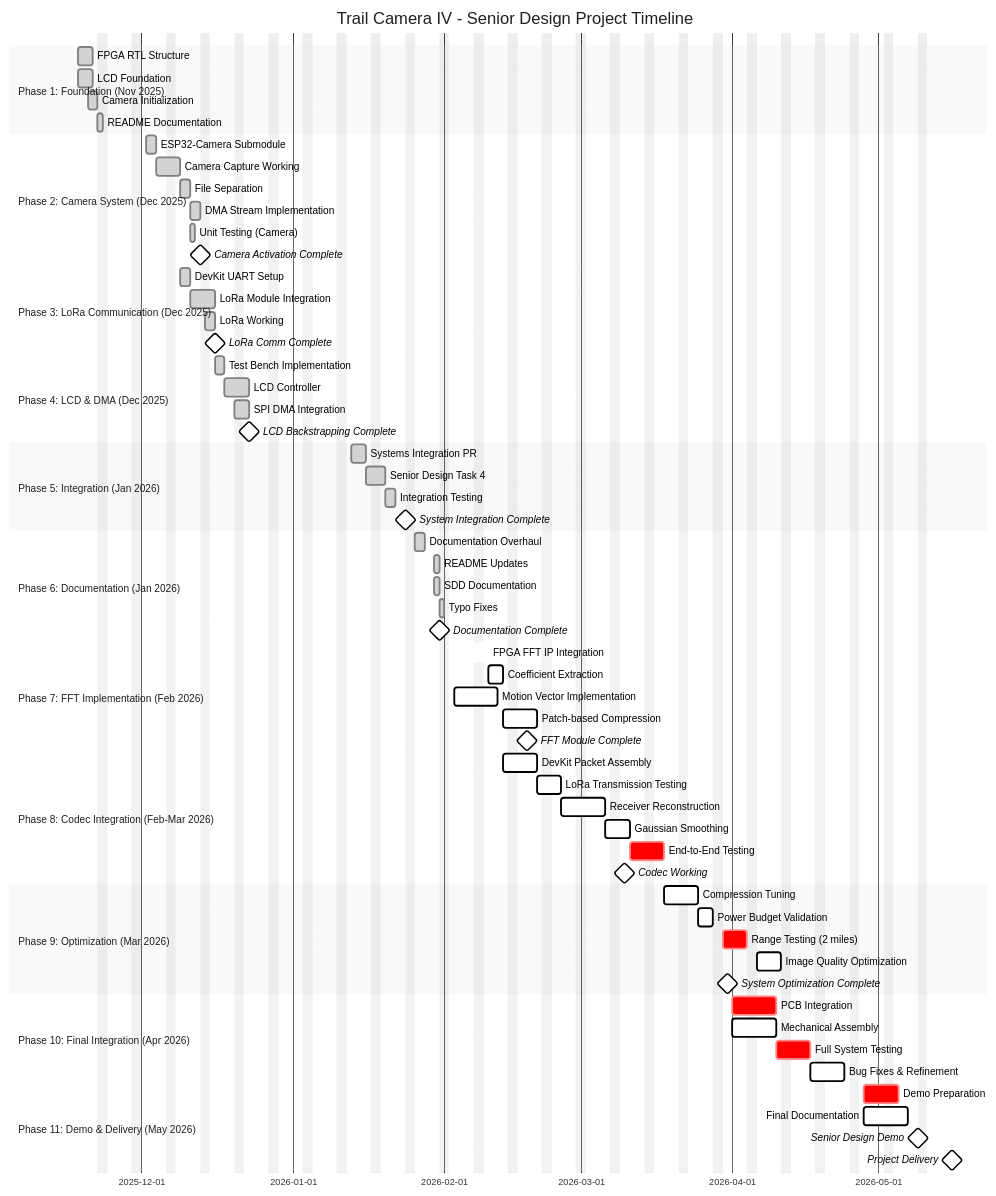
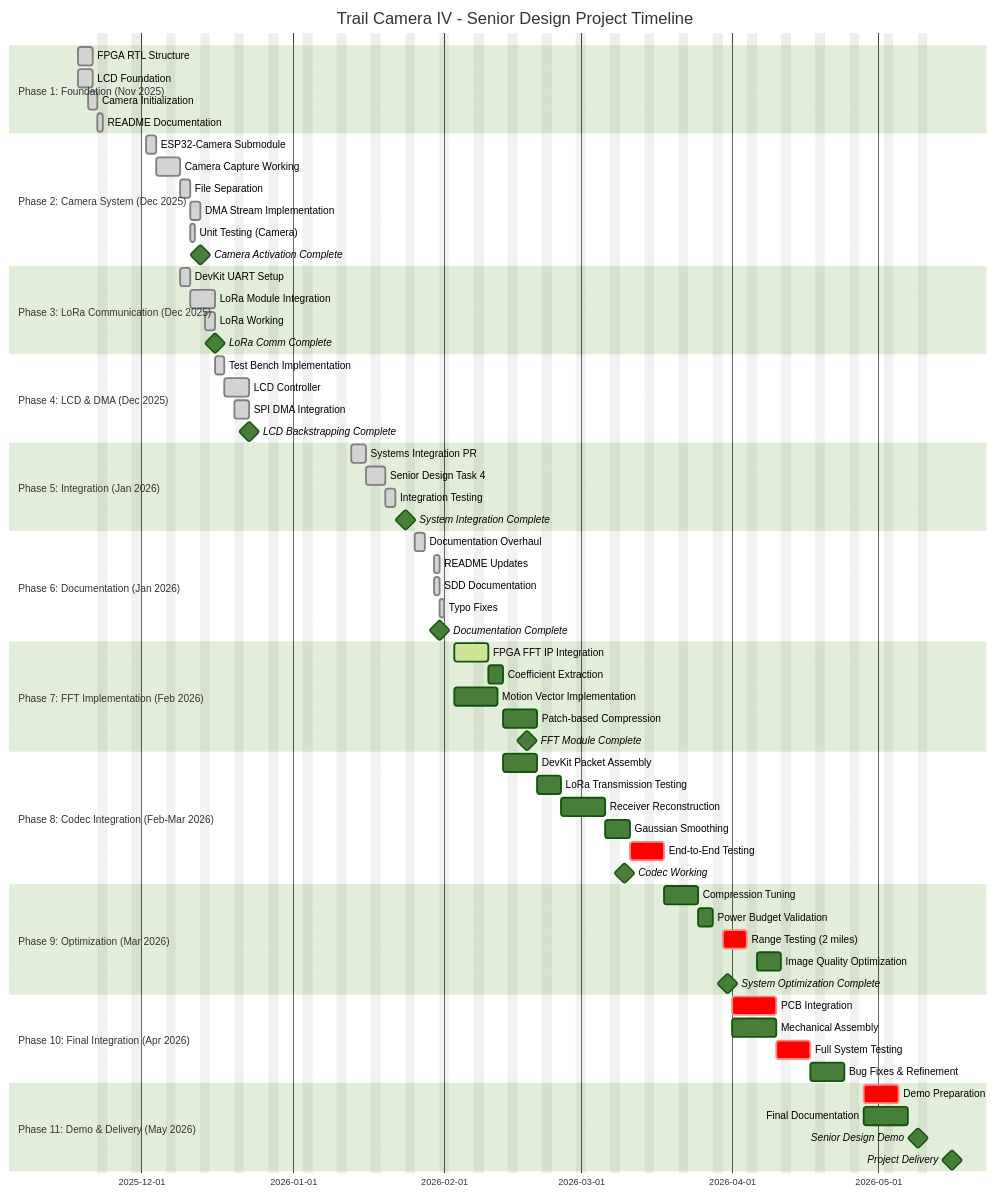
Before and after one commit to ColeZenk/SD403_TrailCamera_NDSU: the diagram in README.md, drawn with Mermaid. The commit also changed 1 other file, not shown here.

Commit message:
updated colorscheme

````diff
--- a/README.md
+++ b/README.md
@@ -34,17 +34,5 @@
 ```mermaid
-%%{init: {
-  'theme': 'base',
-  'themeVariables': {
-    'primaryColor': '#fff',
-    'primaryTextColor': '#000',
-    'primaryBorderColor': '#000',
-    'lineColor': '#000',
-    'secondaryColor': '#f0f0f0',
-    'tertiaryColor': '#e0e0e0',
-    'textColor': '#000',
-    'fontSize': '14px'
-  }
-}}%%
+%%{init: {'theme':'forest'}}%%
 gantt
     dateFormat  YYYY-MM-DD
     title       Trail Camera IV - Senior Design Project Timeline
````
